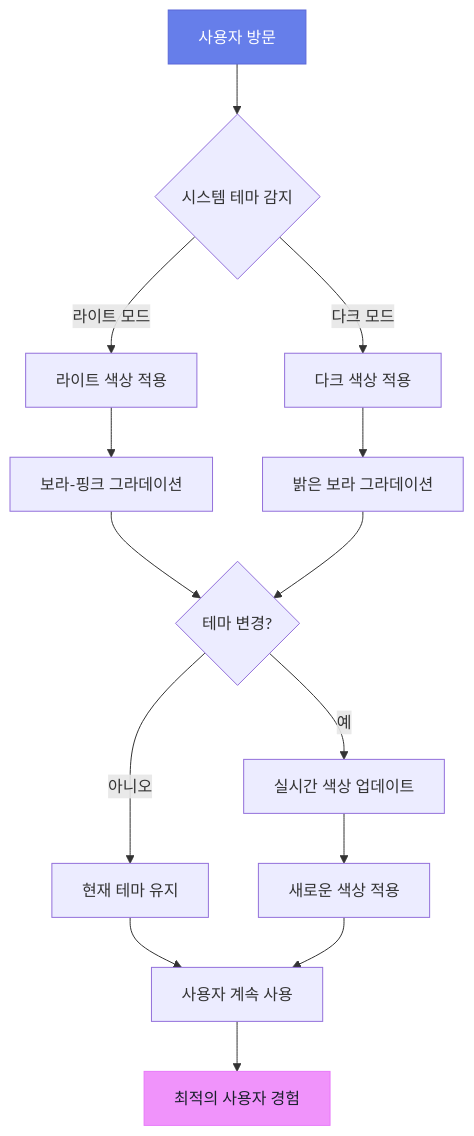
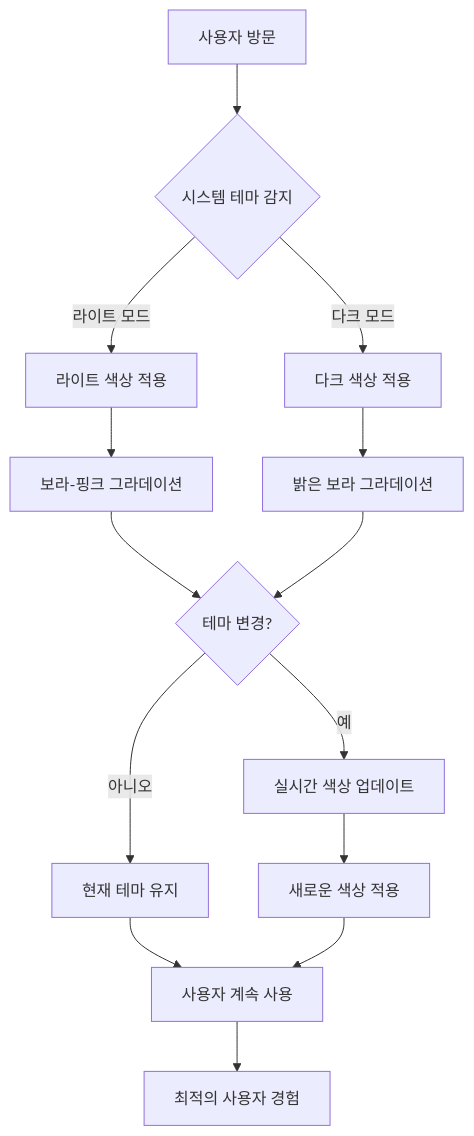
Before and after one commit to realcoding2003/realcoding.github.io: the first of 6 diagrams in _posts/2025-06-06-mermaid-theme-test.md, drawn with Mermaid.

Commit message:
Mermaid 다이어그램 스타일 최적화 및 불필요한 코드 제거
- Mermaid 다이어그램의 스타일을 최적화하기 위해 불필요한 CSS 스타일 제거
- 최적의 사용자 경험을 위한 다이어그램 구조 개선

````diff
--- a/_posts/2025-06-06-mermaid-theme-test.md
+++ b/_posts/2025-06-06-mermaid-theme-test.md
@@ -27,24 +27,21 @@
 ```mermaid
 graph TD
     A[사용자 방문] --> B{시스템 테마 감지}
     B -->|라이트 모드| C[라이트 색상 적용]
     B -->|다크 모드| D[다크 색상 적용]
     
     C --> E[보라-핑크 그라데이션]
     D --> F[밝은 보라 그라데이션]
     
     E --> G{테마 변경?}
     F --> G
     
     G -->|예| H[실시간 색상 업데이트]
     G -->|아니오| I[현재 테마 유지]
     
     H --> J[새로운 색상 적용]
     I --> K[사용자 계속 사용]
     J --> K
     
     K --> L[최적의 사용자 경험]
-    
-    style A fill:#667eea,stroke:#5a67d8,color:#fff
-    style L fill:#f093fb,stroke:#e879f9,color:#1a202c
 ```
````
